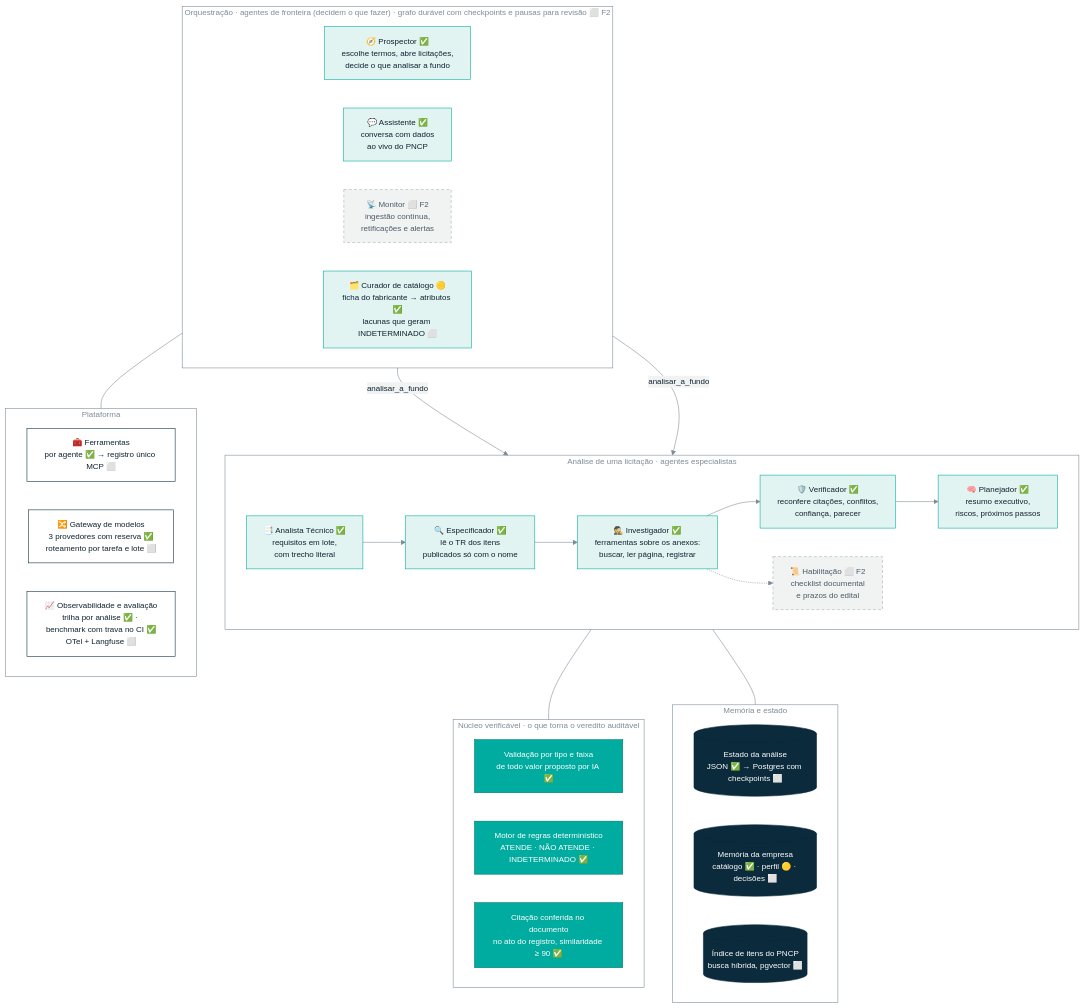
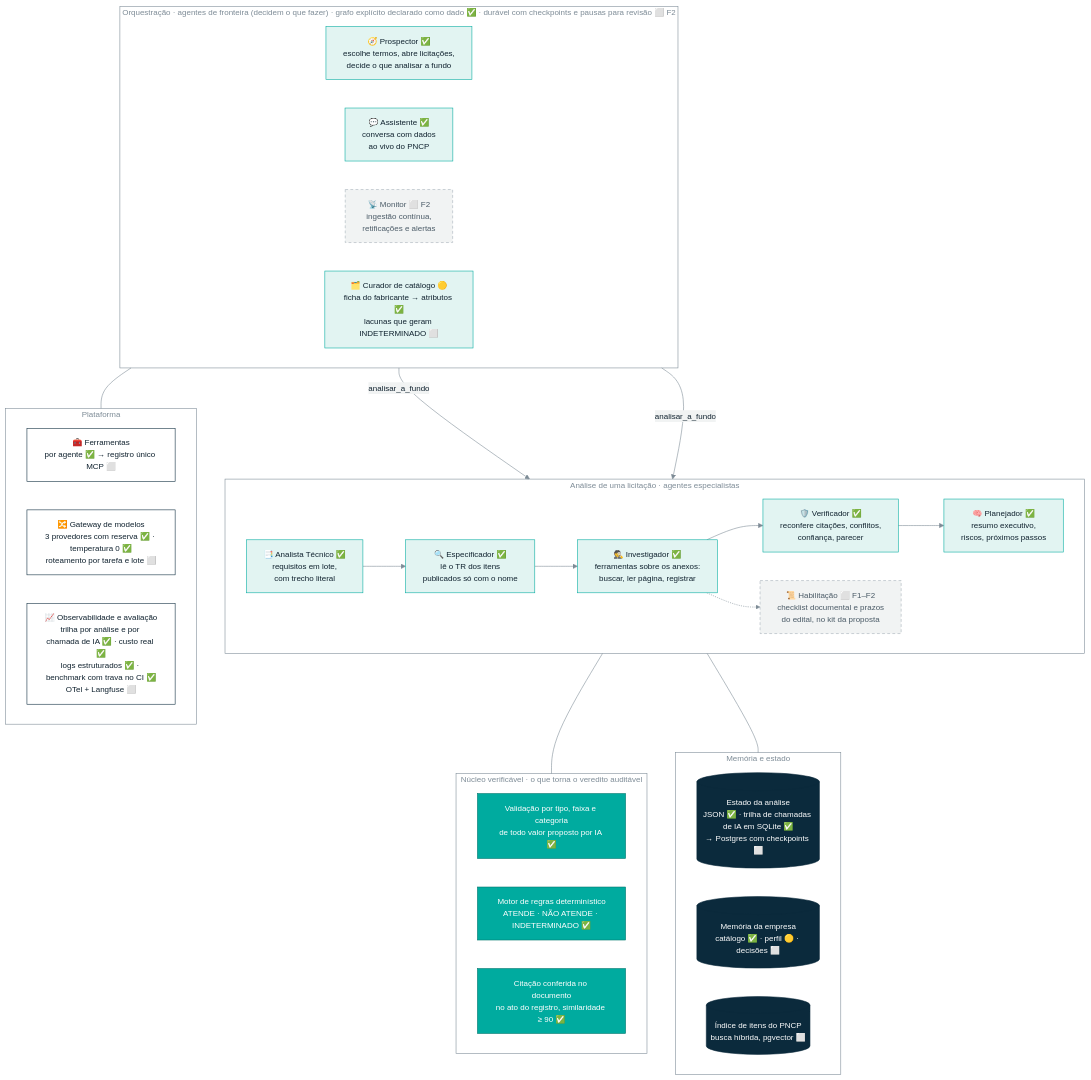
The diagram in docs/diagrams/arquitetura-agentica.mmd (Omniamind-org/obranexo), drawn with Mermaid before and after one commit. The commit also changed 14 other files, not shown here.

First line of the commit message:
docs(readme): coerência entre descoberta, custo, fases e kit da proposta

```diff
--- a/docs/diagrams/arquitetura-agentica.mmd
+++ b/docs/diagrams/arquitetura-agentica.mmd
@@ -1,48 +1,48 @@
-%%{init: {'theme':'base','themeVariables':{'primaryColor':'#e2f4f2','primaryTextColor':'#10222f','primaryBorderColor':'#00ab9f','lineColor':'#7d8b96','edgeLabelBackground':'#f1f3f3','fontFamily':'Plus Jakarta Sans, Segoe UI, sans-serif','fontSize':'14px','clusterBkg':'transparent','clusterBorder':'#7d8b96','titleColor':'#7d8b96'}}}%%
+%%{init: {'theme':'base','themeVariables':{'primaryColor':'#e2f4f2','primaryTextColor':'#10222f','primaryBorderColor':'#00ab9f','lineColor':'#7d8b96','edgeLabelBackground':'#f1f3f3','fontSize':'14px','clusterBkg':'transparent','clusterBorder':'#7d8b96','titleColor':'#7d8b96'}}}%%
 flowchart TB
-  subgraph ORQ[" Orquestração · agentes de fronteira (decidem o que fazer) · grafo durável com checkpoints e pausas para revisão ⬜ F2 "]
+  subgraph ORQ[" Orquestração · agentes de fronteira (decidem o que fazer) · grafo explícito declarado como dado ✅ · durável com checkpoints e pausas para revisão ⬜ F2 "]
     direction LR
     PR[🧭 Prospector ✅<br/>escolhe termos, abre licitações,<br/>decide o que analisar a fundo]:::ag
     AS[💬 Assistente ✅<br/>conversa com dados<br/>ao vivo do PNCP]:::ag
     MO[📡 Monitor ⬜ F2<br/>ingestão contínua,<br/>retificações e alertas]:::plan
     CU[🗂️ Curador de catálogo 🟡<br/>ficha do fabricante → atributos ✅<br/>lacunas que geram INDETERMINADO ⬜]:::ag
   end
   subgraph AN[" Análise de uma licitação · agentes especialistas "]
     direction LR
     AT[📑 Analista Técnico ✅<br/>requisitos em lote,<br/>com trecho literal]:::ag
     ES[🔍 Especificador ✅<br/>lê o TR dos itens<br/>publicados só com o nome]:::ag
     IN[🕵️ Investigador ✅<br/>ferramentas sobre os anexos:<br/>buscar, ler página, registrar]:::ag
-    HB[📜 Habilitação ⬜ F2<br/>checklist documental<br/>e prazos do edital]:::plan
+    HB[📜 Habilitação ⬜ F1–F2<br/>checklist documental e prazos<br/>do edital, no kit da proposta]:::plan
     VE[🛡️ Verificador ✅<br/>reconfere citações, conflitos,<br/>confiança, parecer]:::ag
     PL[🧠 Planejador ✅<br/>resumo executivo,<br/>riscos, próximos passos]:::ag
     AT --> ES --> IN --> VE --> PL
     IN -.-> HB
   end
   subgraph NUC[" Núcleo verificável · o que torna o veredito auditável "]
     direction LR
-    N1[Validação por tipo e faixa<br/>de todo valor proposto por IA ✅]:::core
+    N1[Validação por tipo, faixa e categoria<br/>de todo valor proposto por IA ✅]:::core
     N2[Motor de regras determinístico<br/>ATENDE · NÃO ATENDE · INDETERMINADO ✅]:::core
     N3[Citação conferida no documento<br/>no ato do registro, similaridade ≥ 90 ✅]:::core
   end
   subgraph MEM[" Memória e estado "]
     direction LR
-    M1[(Estado da análise<br/>JSON ✅ → Postgres com checkpoints ⬜)]:::mem
+    M1[(Estado da análise<br/>JSON ✅ · trilha de chamadas de IA em SQLite ✅<br/>→ Postgres com checkpoints ⬜)]:::mem
     M2[(Memória da empresa<br/>catálogo ✅ · perfil 🟡 · decisões ⬜)]:::mem
     M3[(Índice de itens do PNCP<br/>busca híbrida, pgvector ⬜)]:::mem
   end
   subgraph INF[" Plataforma "]
     direction LR
     TR[🧰 Ferramentas<br/>por agente ✅ → registro único MCP ⬜]:::inf
-    GW[🔀 Gateway de modelos<br/>3 provedores com reserva ✅<br/>roteamento por tarefa e lote ⬜]:::inf
-    OB[📈 Observabilidade e avaliação<br/>trilha por análise ✅ · benchmark com trava no CI ✅<br/>OTel + Langfuse ⬜]:::inf
+    GW[🔀 Gateway de modelos<br/>3 provedores com reserva ✅ · temperatura 0 ✅<br/>roteamento por tarefa e lote ⬜]:::inf
+    OB[📈 Observabilidade e avaliação<br/>trilha por análise e por chamada de IA ✅ · custo real ✅<br/>logs estruturados ✅ · benchmark com trava no CI ✅<br/>OTel + Langfuse ⬜]:::inf
   end
   PR -- analisar_a_fundo --> AN
   AS -- analisar_a_fundo --> AN
   AN --- NUC
   AN --- MEM
   ORQ --- INF
   classDef ag fill:#e2f4f2,stroke:#00ab9f,color:#10222f
   classDef plan fill:#f1f3f3,stroke:#a5b0b8,color:#4b5b67,stroke-dasharray:5 4
   classDef core fill:#00ab9f,stroke:#00756c,color:#ffffff
   classDef mem fill:#0b2a3c,stroke:#0b2a3c,color:#ffffff
   classDef inf fill:#ffffff,stroke:#0b2a3c,color:#10222f
```
